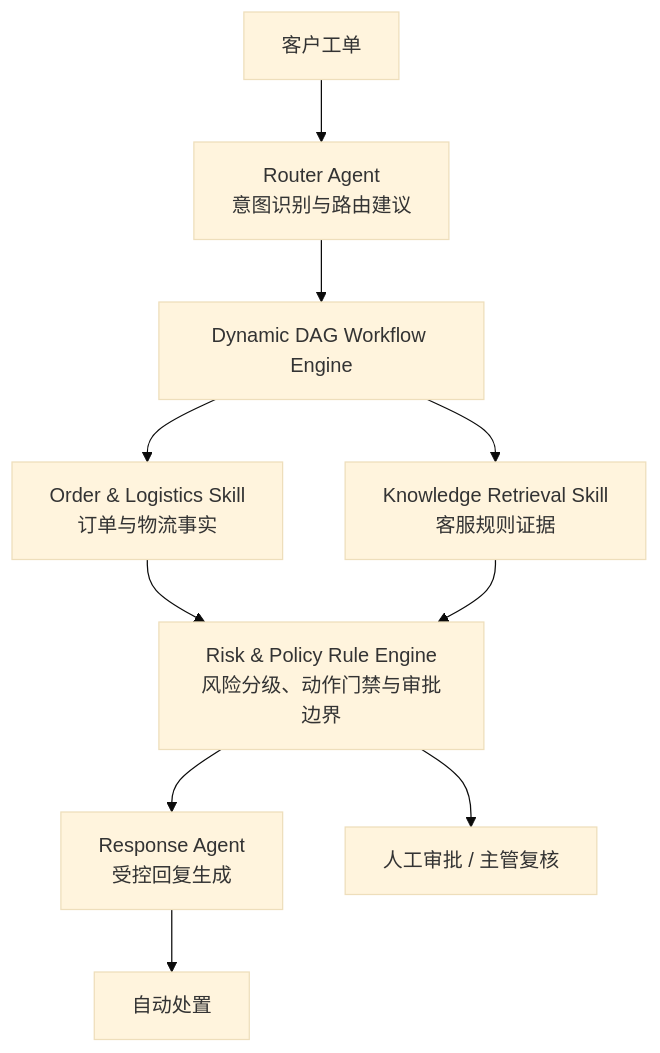
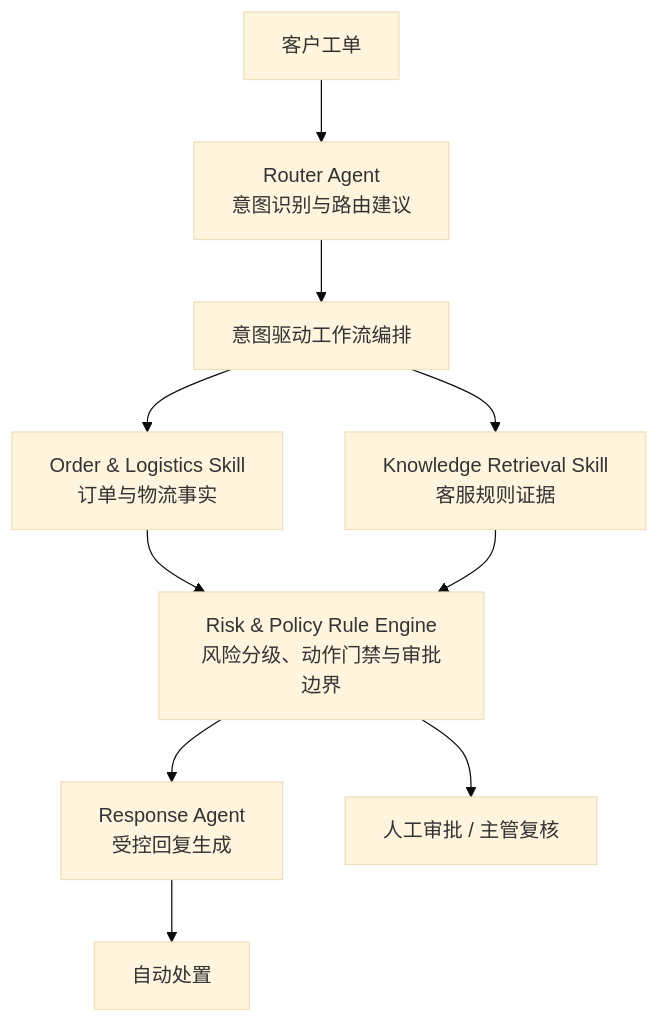
Before and after one commit to Heaven12499/resolve-flow: the diagram in README.md, drawn with Mermaid (base theme). The commit also changed other lines of this file and 8 other files, not shown here.

````diff
--- a/README.md
+++ b/README.md
@@ -9,12 +9,12 @@
 ```mermaid
 flowchart TD
     Ticket[客户工单] --> Router[Router Agent<br/>意图识别与路由建议]
-    Router --> Workflow[Dynamic DAG Workflow Engine]
+    Router --> Workflow[意图驱动工作流编排]
     Workflow --> Order[Order & Logistics Skill<br/>订单与物流事实]
     Workflow --> Knowledge[Knowledge Retrieval Skill<br/>客服规则证据]
     Order --> Risk[Risk & Policy Rule Engine<br/>风险分级、动作门禁与审批边界]
     Knowledge --> Risk
     Risk --> Response[Response Agent<br/>受控回复生成]
     Response --> Auto[自动处置]
     Risk --> Approval[人工审批 / 主管复核]
 ```
````
